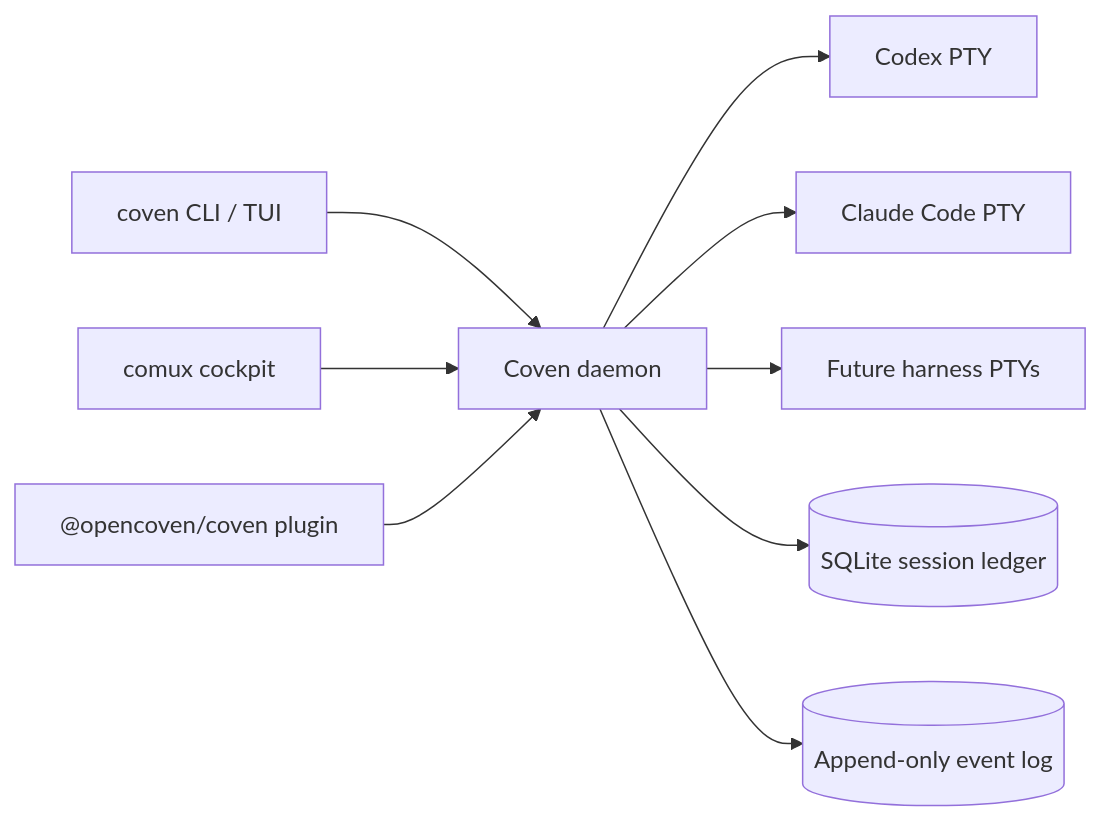
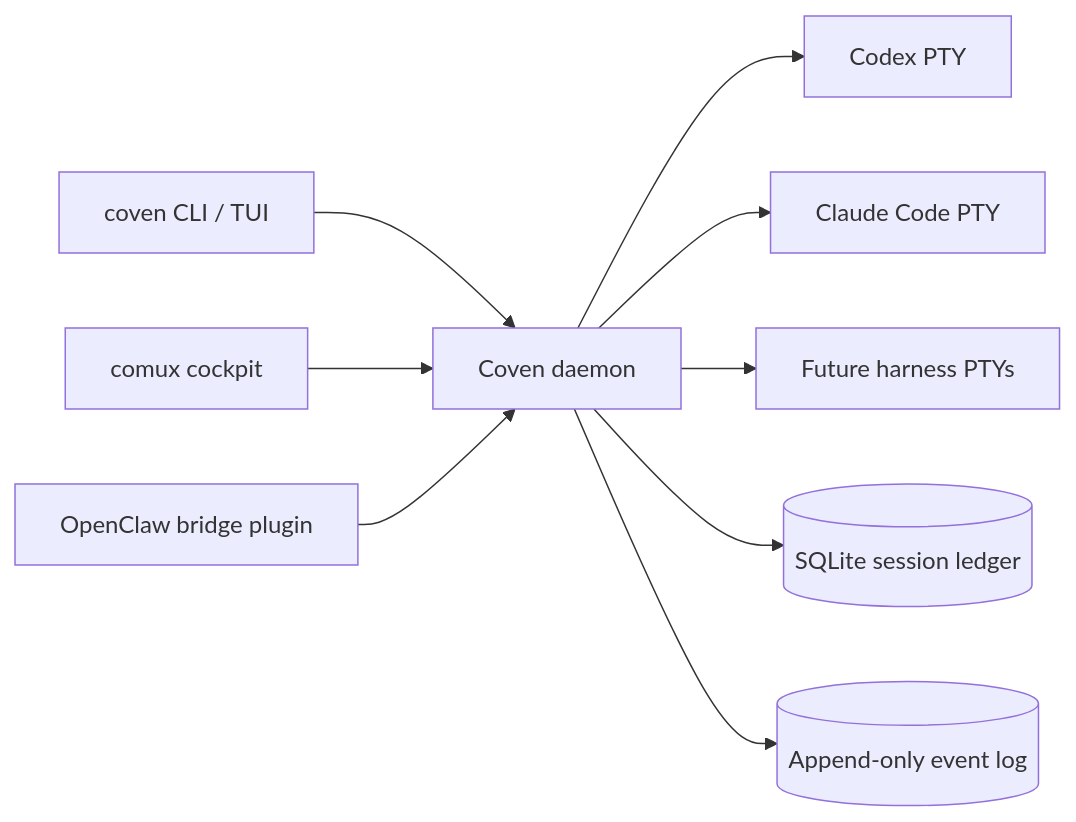
Before and after one commit to OpenCoven/coven: the diagram in docs/es/index.md, drawn with Mermaid. The commit also changed 48 other files, not shown here.

````diff
--- a/docs/es/index.md
+++ b/docs/es/index.md
@@ -56,11 +56,11 @@
 ```mermaid
 flowchart LR
   A["coven CLI / TUI"] --> B["Coven daemon"]
   C["comux cockpit"] --> B
-  E["@opencoven/coven plugin"] --> B
+  E["OpenClaw bridge plugin"] --> B
   B --> F["Codex PTY"]
   B --> G["Claude Code PTY"]
   B --> H["Future harness PTYs"]
   B --> I[("SQLite session ledger")]
   B --> J[("Append-only event log")]
 ```
````
